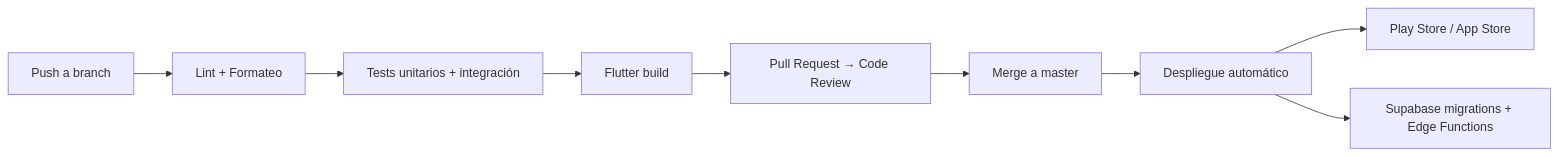
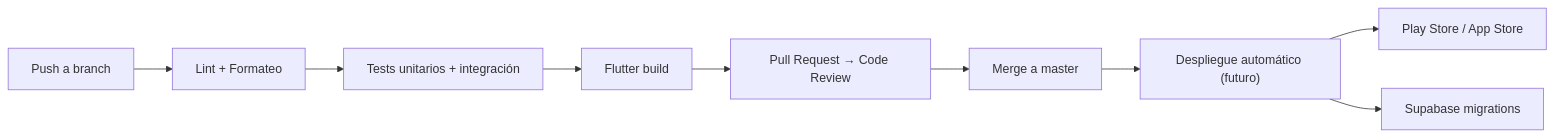
One commit to Jloen1999/synaptixfit changed the diagram in docs/10-deployment.md. Above: the diagram before and after it, drawn with Mermaid. The commit also changed other lines of this file and 270 other files, not shown here.

````diff
--- a/docs/10-deployment.md
+++ b/docs/10-deployment.md
@@ -52,11 +51,11 @@
 ```mermaid
 flowchart LR
     Dev["Push a branch"] --> Lint["Lint + Formateo"]
     Lint --> Test["Tests unitarios + integración"]
     Test --> Build["Flutter build"]
     Build --> Review["Pull Request → Code Review"]
     Review --> Master["Merge a master"]
-    Master --> Deploy["Despliegue automático"]
+    Master --> Deploy["Despliegue automático (futuro)"]
     Deploy --> Store["Play Store / App Store"]
-    Deploy --> Backend["Supabase migrations + Edge Functions"]
+    Deploy --> Backend["Supabase migrations"]
 ```
````
